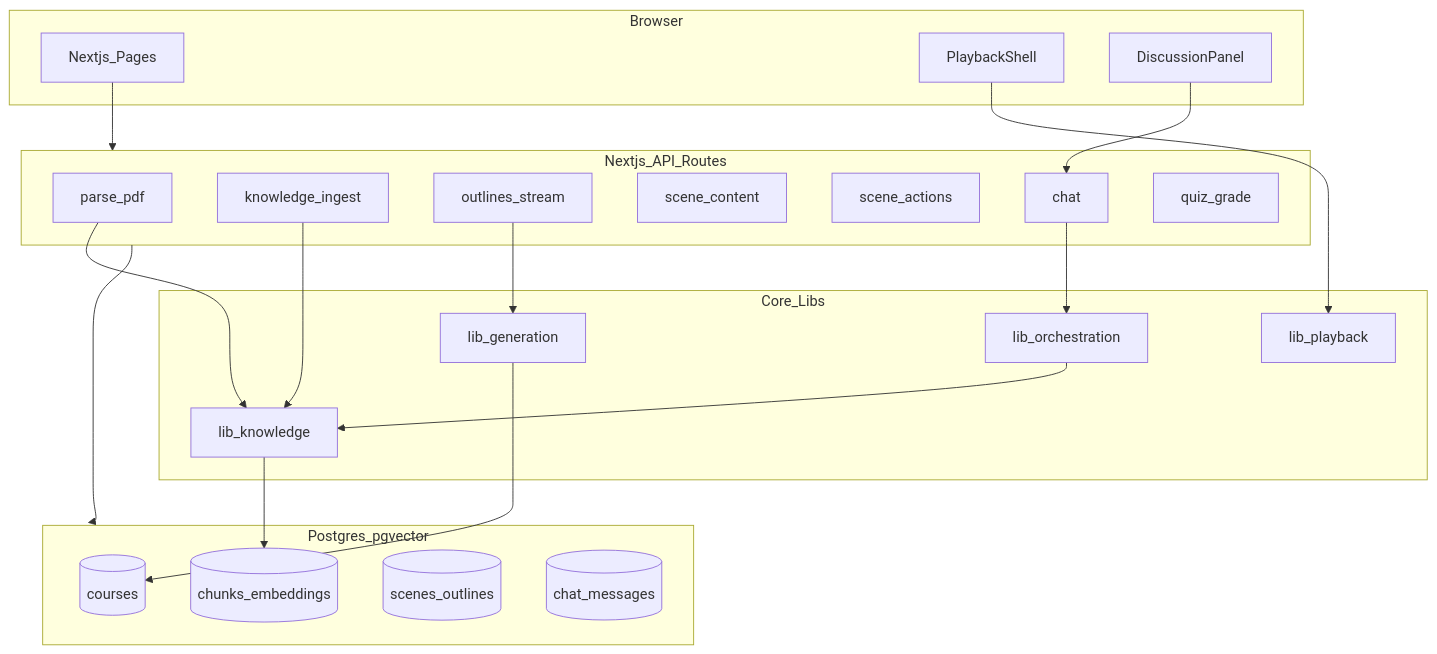
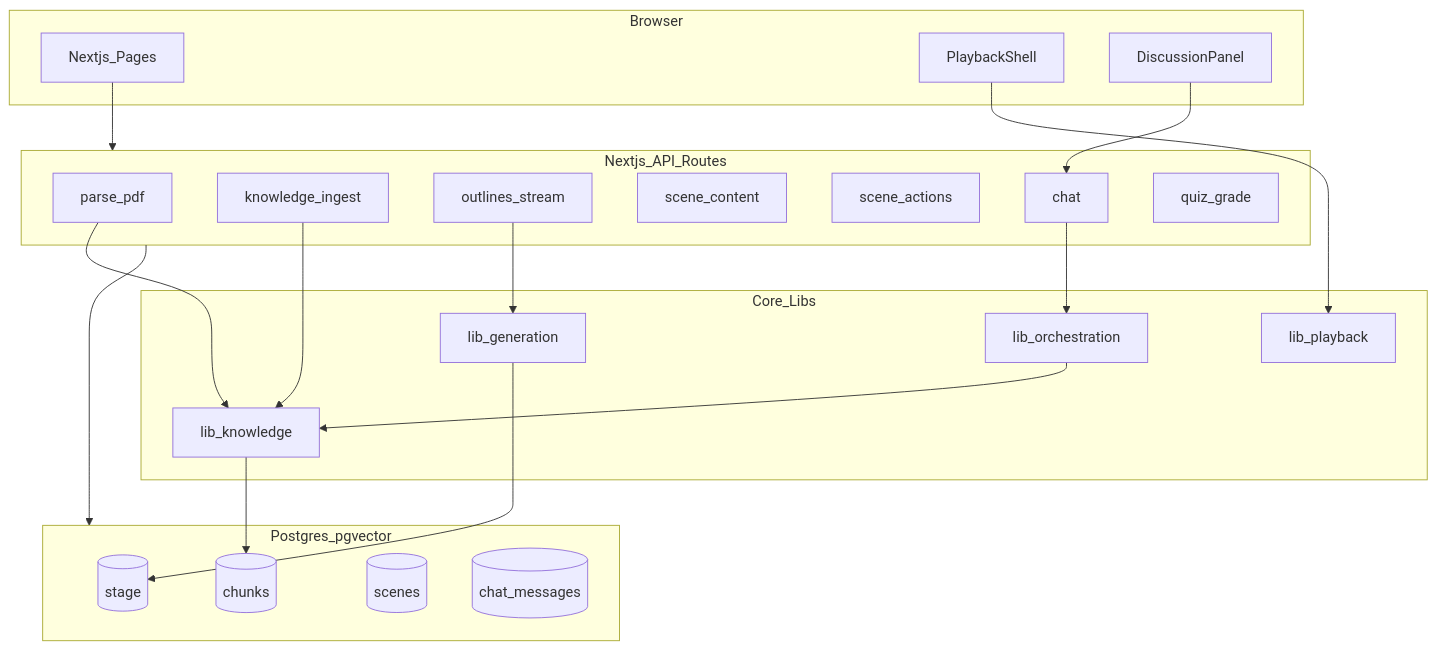
Before and after one commit to HeyChizuru/mindflow: the fourth of 6 diagrams in docs/PRD.md, drawn with Mermaid. The commit also changed other lines of this file and 2 other files, not shown here.

````diff
--- a/docs/PRD.md
+++ b/docs/PRD.md
@@ -768,44 +770,44 @@
 ```mermaid
 flowchart TB
   subgraph client [Browser]
     Pages[Nextjs_Pages]
     Player[PlaybackShell]
     ChatPanel[DiscussionPanel]
   end
 
   subgraph api [Nextjs_API_Routes]
     ParseAPI[parse_pdf]
     IngestAPI[knowledge_ingest]
     OutlineAPI[outlines_stream]
     ContentAPI[scene_content]
     ActionsAPI[scene_actions]
     ChatAPI[chat]
     GradeAPI[quiz_grade]
   end
 
   subgraph core [Core_Libs]
     Knowledge[lib_knowledge]
     Generation[lib_generation]
     Orchestration[lib_orchestration]
     Playback[lib_playback]
   end
 
   subgraph data [Postgres_pgvector]
-    Courses[(courses)]
-    Chunks[(chunks_embeddings)]
-    Scenes[(scenes_outlines)]
-    Messages[(chat_messages)]
+    StageTbl[(stage)]
+    ChunksTbl[(chunks)]
+    ScenesTbl[(scenes)]
+    ChatMsgs[(chat_messages)]
   end
 
   Pages --> api
   Player --> Playback
   ChatPanel --> ChatAPI
   ParseAPI --> Knowledge
   IngestAPI --> Knowledge
   OutlineAPI --> Generation
-  Knowledge --> Chunks
-  Generation --> Courses
+  Knowledge --> ChunksTbl
+  Generation --> StageTbl
   ChatAPI --> Orchestration
   Orchestration --> Knowledge
   api --> data
 ```
````
